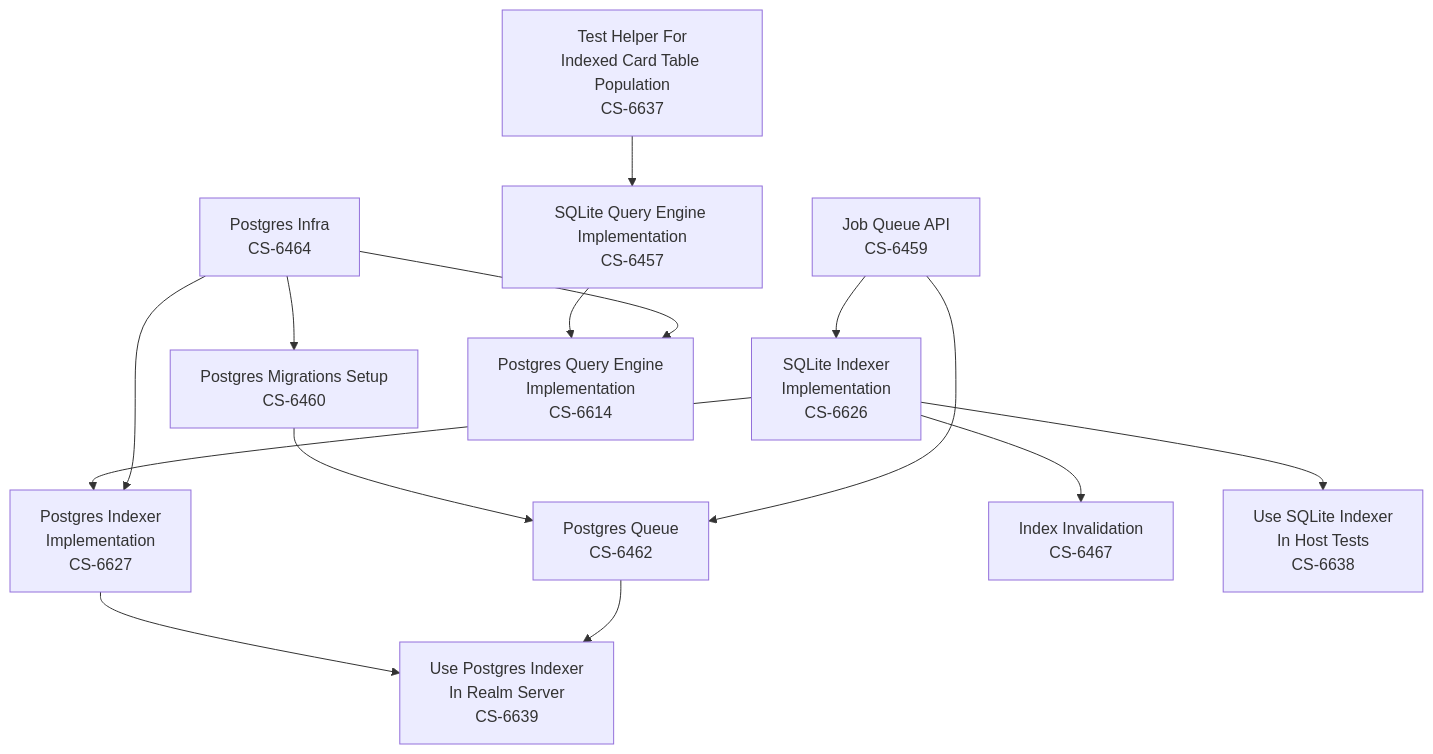
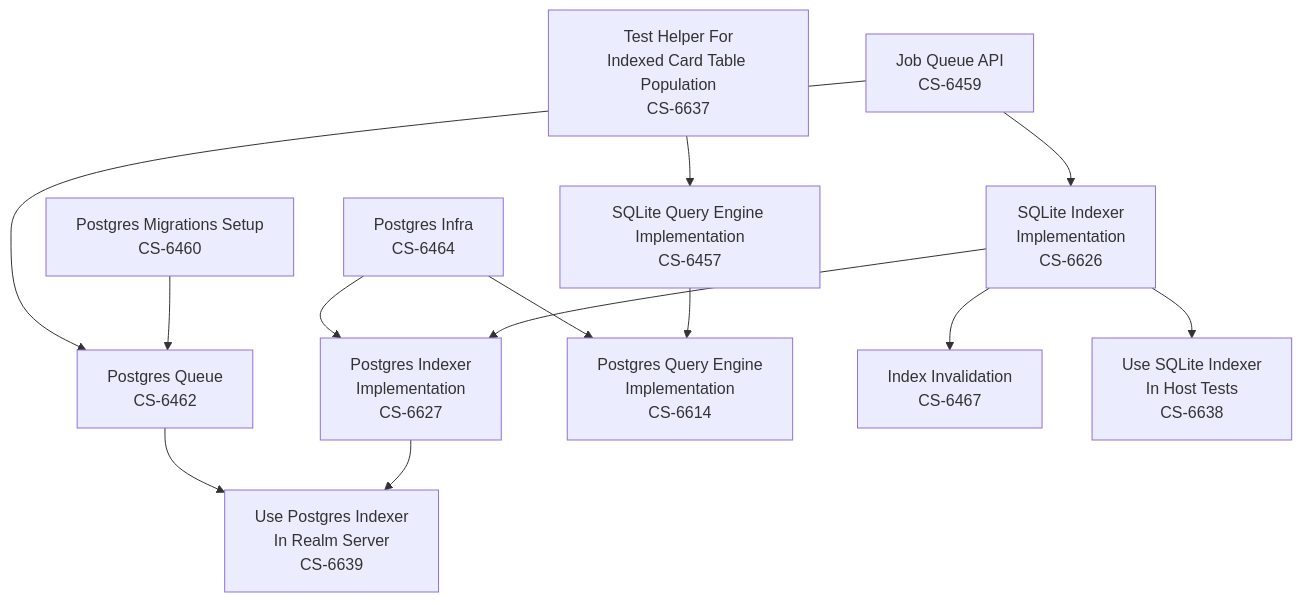
One commit to cardstack/boxel changed the diagram in docs/indexer-work-plan.mermaid. Above: the diagram before and after it, drawn with Mermaid.

Commit message:
Remove Postgres infra as a dependency to migrations
Migrations are actually run as part of realm server boot, and can install into empty db. So really nothing is depending on infra.

```diff
--- a/docs/indexer-work-plan.mermaid
+++ b/docs/indexer-work-plan.mermaid
@@ -1,38 +1,38 @@
 flowchart
     PostgresInfra[Postgres Infra\nCS-6464]
     click PostgresInfra "https://linear.app/cardstack/issue/CS-6464" "Open in Linear"
     PostgresMigrations[Postgres Migrations Setup\nCS-6460]
     click PostgresMigrations "https://linear.app/cardstack/issue/CS-6460" "Open in Linear"
     PostgresQueue[Postgres Queue\nCS-6462]
     click PostgresQueue "https://linear.app/cardstack/issue/CS-6462" "Open in Linear"
     JobQueueFacade[Job Queue API\nCS-6459]
     click JobQueueFacade "https://linear.app/cardstack/issue/CS-6459" "Open in Linear"
     SQLiteIndexerImplementation[SQLite Indexer\nImplementation\nCS-6626]
     click SQLiteIndexerImplementation "https://linear.app/cardstack/issue/CS-6626" "Open in Linear"
     PostgresIndexerImplementation[Postgres Indexer\nImplementation\nCS-6627]
     click PostgresIndexerImplementation "https://linear.app/cardstack/issue/CS-6627" "Open in Linear"
     TestHelperForIndexedCardTablePopulation[Test Helper For\nIndexed Card Table Population\nCS-6637]
     click TestHelperForIndexedCardTablePopulation "https://linear.app/cardstack/issue/CS-6637" "Open in Linear"
     SQLiteQueryEngineImplementation[SQLite Query Engine Implementation\nCS-6457]
     click SQLiteQueryEngineImplementation "https://linear.app/cardstack/issue/CS-6457" "Open in Linear"
     PostgresQueryEngineImplementation[Postgres Query Engine\nImplementation\nCS-6614]
     click PostgresQueryEngineImplementation "https://linear.app/cardstack/issue/CS-6614" "Open in Linear"
     IndexInvalidation[Index Invalidation\nCS-6467]
     click IndexInvalidation "https://linear.app/cardstack/issue/CS-6467" "Open in Linear"
     UseSQLiteIndexerInHostTests[Use SQLite Indexer\nIn Host Tests\nCS-6638]
     click UseSQLiteIndexerInHostTests "https://linear.app/cardstack/issue/CS-6638" "Open in Linear"
     UsePostgresIndexerInRealmServer[Use Postgres Indexer\nIn Realm Server\nCS-6639]
     click UsePostgresIndexerInRealmServer "https://linear.app/cardstack/issue/CS-6639" "Open in Linear"
-    PostgresInfra-->PostgresMigrations
+    PostgresInfra
     PostgresMigrations-->PostgresQueue
     JobQueueFacade-->SQLiteIndexerImplementation
     SQLiteIndexerImplementation-->PostgresIndexerImplementation
     PostgresInfra-->PostgresIndexerImplementation
     TestHelperForIndexedCardTablePopulation-->SQLiteQueryEngineImplementation
     SQLiteQueryEngineImplementation-->PostgresQueryEngineImplementation
     PostgresInfra-->PostgresQueryEngineImplementation
     SQLiteIndexerImplementation-->IndexInvalidation
     SQLiteIndexerImplementation-->UseSQLiteIndexerInHostTests
     PostgresIndexerImplementation-->UsePostgresIndexerInRealmServer
     PostgresQueue-->UsePostgresIndexerInRealmServer
     JobQueueFacade-->PostgresQueue
```
